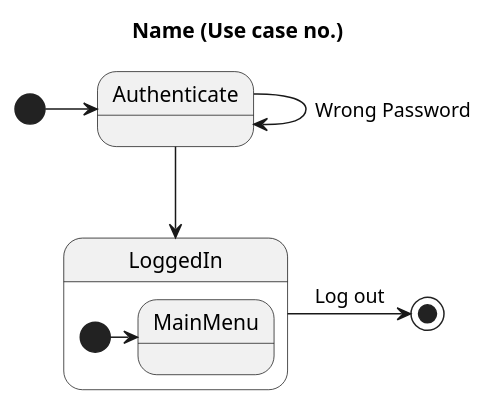
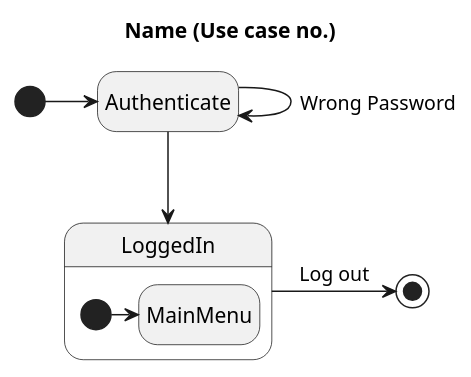
One commit to unnar19/pepsi-max changed the diagram in design/statediagr/template.puml. Above: the diagram before and after it, drawn with PlantUML. The commit also changed 7 other files, not shown here.

Commit message:
Finish state diagrams

```diff
--- a/design/statediagr/template.puml
+++ b/design/statediagr/template.puml
@@ -1,18 +1,19 @@
-@startuml SearchEmployee
+@startuml 
 
 title Name (Use case no.)
 
+hide empty description
 
 [*] -> Authenticate
 Authenticate --> Authenticate: Wrong Password
 Authenticate --> LoggedIn
 
 state LoggedIn{
     
     [*] -> MainMenu
 
 }
 
 LoggedIn -> [*] : Log out
 
 @enduml
```
